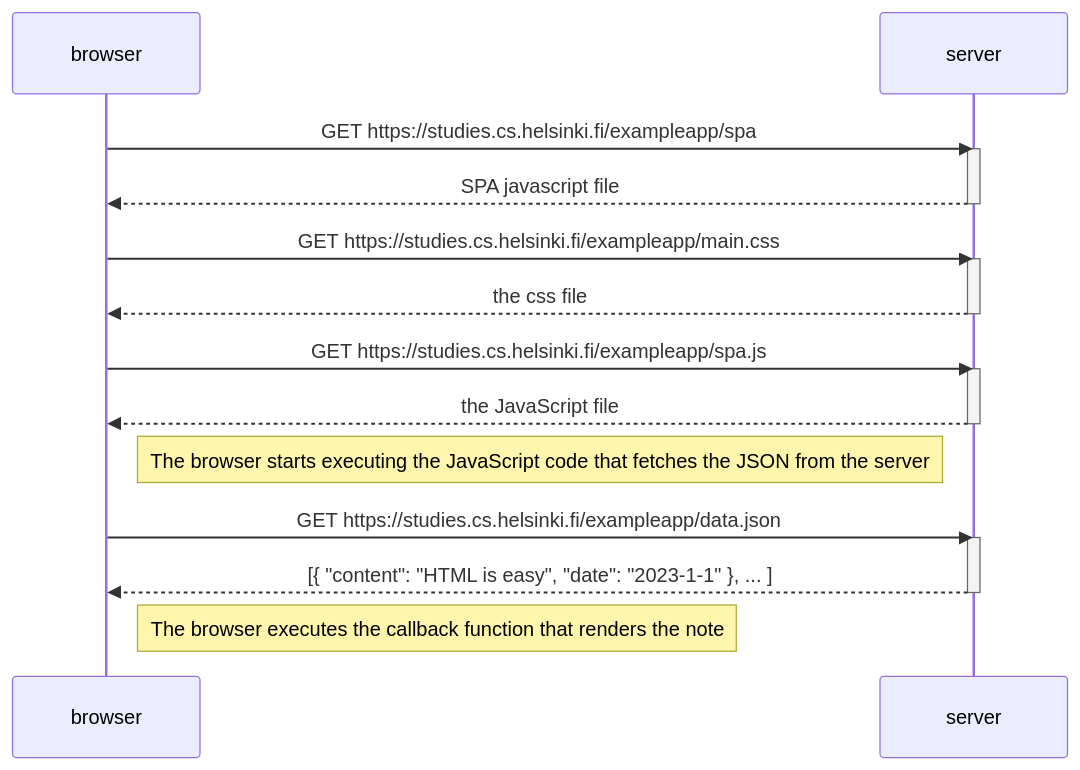
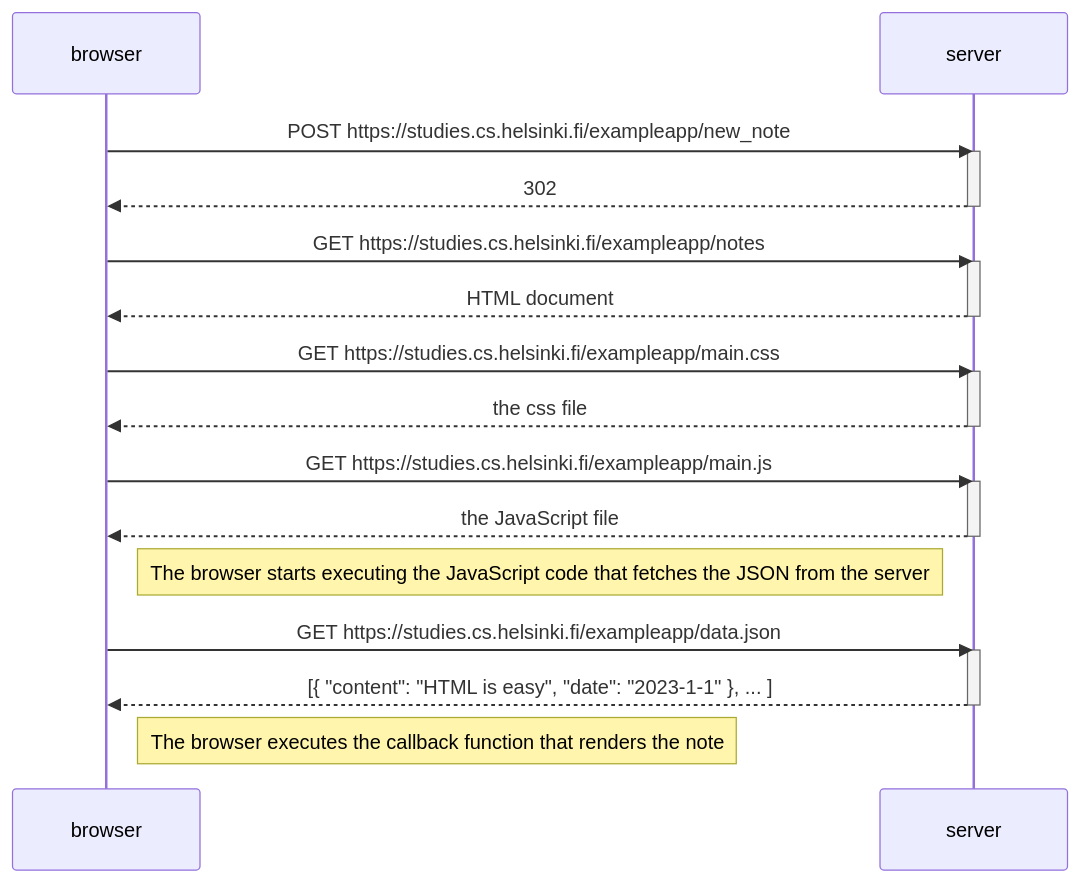
The diagram in osa0/04.md (santeripeltokangas/palautusrepositorio), drawn with Mermaid before and after one commit. The commit also changed 1 other file, not shown here.

````diff
--- a/osa0/04.md
+++ b/osa0/04.md
@@ -1,29 +1,34 @@
 ```mermaid
 sequenceDiagram
     participant browser
     participant server
+
+    browser->>server: POST https://studies.cs.helsinki.fi/exampleapp/new_note
+    activate server
+    server-->>browser: 302
+    deactivate server
     
-    browser->>server: GET https://studies.cs.helsinki.fi/exampleapp/spa
+    browser->>server: GET https://studies.cs.helsinki.fi/exampleapp/notes
     activate server
-    server-->>browser: SPA javascript file
+    server-->>browser: HTML document
     deactivate server
     
     browser->>server: GET https://studies.cs.helsinki.fi/exampleapp/main.css
     activate server
     server-->>browser: the css file
     deactivate server
     
-    browser->>server: GET https://studies.cs.helsinki.fi/exampleapp/spa.js
+    browser->>server: GET https://studies.cs.helsinki.fi/exampleapp/main.js
     activate server
     server-->>browser: the JavaScript file
     deactivate server
     
     Note right of browser: The browser starts executing the JavaScript code that fetches the JSON from the server
     
     browser->>server: GET https://studies.cs.helsinki.fi/exampleapp/data.json
     activate server
     server-->>browser: [{ "content": "HTML is easy", "date": "2023-1-1" }, ... ]
     deactivate server    
 
     Note right of browser: The browser executes the callback function that renders the note
 ```
````
